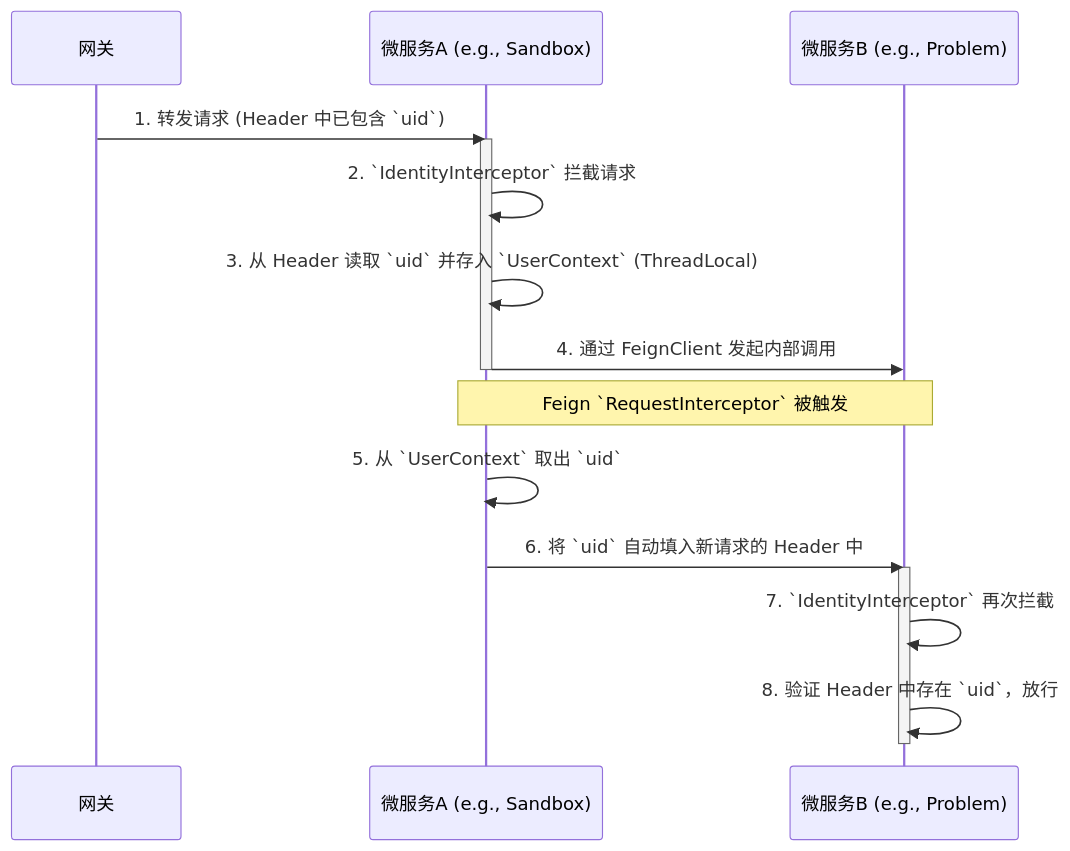
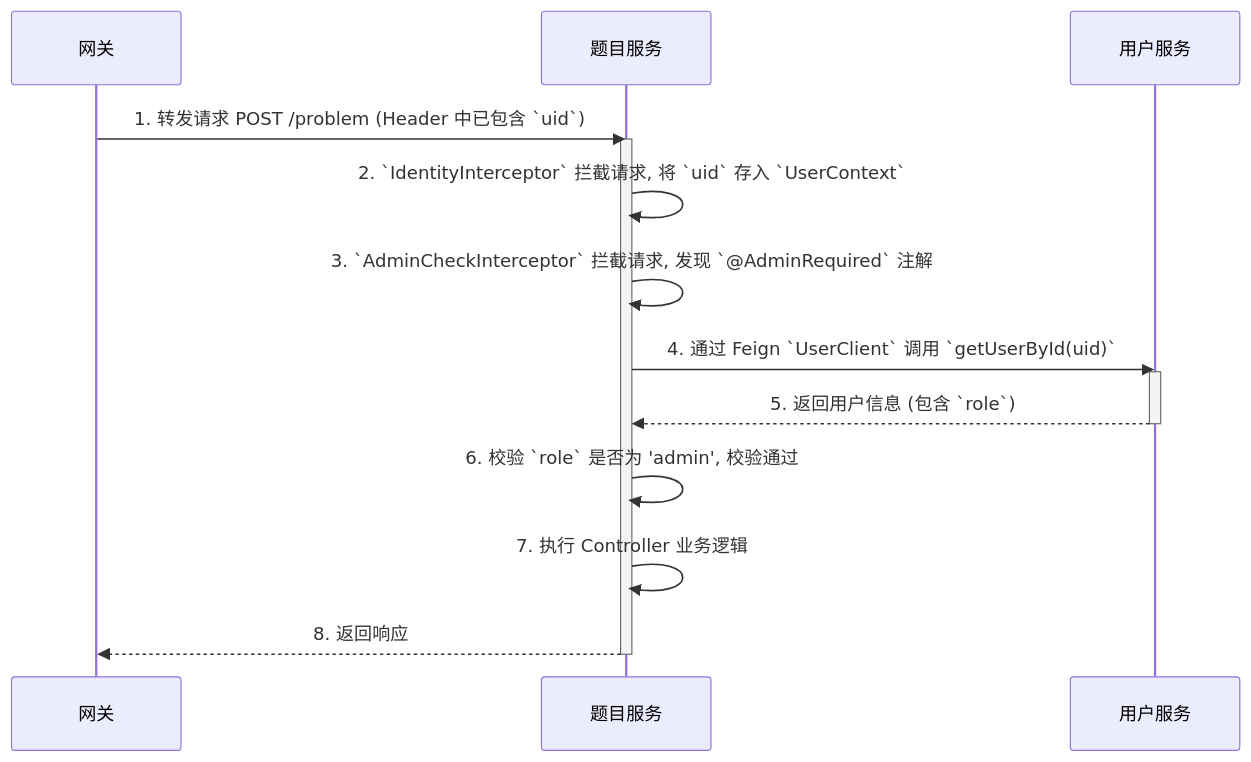
One commit to Decade-qiu/D-OnlineJudge changed the fourth of 6 diagrams in docs/0.technology.md. Above: the diagram before and after it, drawn with Mermaid. The commit also changed other lines of this file, not shown here.

Commit message:
:memo: docs(auth): document admin permission control mechanism

````diff
--- a/docs/0.technology.md
+++ b/docs/0.technology.md
@@ -208,23 +208,20 @@
 ```mermaid
 sequenceDiagram
     participant Gateway as 网关
-    participant ServiceA as 微服务A (e.g., Sandbox)
-    participant ServiceB as 微服务B (e.g., Problem)
+    participant ProblemService as 题目服务
+    participant UserService as 用户服务
 
-    Gateway->>ServiceA: 1. 转发请求 (Header 中已包含 `uid`)
+    Gateway->>ProblemService: 1. 转发请求 POST /problem (Header 中已包含 `uid`)
     
-    activate ServiceA
-    ServiceA->>ServiceA: 2. `IdentityInterceptor` 拦截请求
-    ServiceA->>ServiceA: 3. 从 Header 读取 `uid` 并存入 `UserContext` (ThreadLocal)
-    ServiceA->>ServiceB: 4. 通过 FeignClient 发起内部调用
-    deactivate ServiceA
-
-    Note over ServiceA, ServiceB: Feign `RequestInterceptor` 被触发
-    ServiceA->>ServiceA: 5. 从 `UserContext` 取出 `uid`
-    ServiceA->>ServiceB: 6. 将 `uid` 自动填入新请求的 Header 中
-
-    activate ServiceB
-    ServiceB->>ServiceB: 7. `IdentityInterceptor` 再次拦截
-    ServiceB->>ServiceB: 8. 验证 Header 中存在 `uid`，放行
-    deactivate ServiceB
+    activate ProblemService
+    ProblemService->>ProblemService: 2. `IdentityInterceptor` 拦截请求, 将 `uid` 存入 `UserContext`
+    ProblemService->>ProblemService: 3. `AdminCheckInterceptor` 拦截请求, 发现 `@AdminRequired` 注解
+    ProblemService->>UserService: 4. 通过 Feign `UserClient` 调用 `getUserById(uid)`
+    activate UserService
+    UserService-->>ProblemService: 5. 返回用户信息 (包含 `role`)
+    deactivate UserService
+    ProblemService->>ProblemService: 6. 校验 `role` 是否为 'admin', 校验通过
+    ProblemService->>ProblemService: 7. 执行 Controller 业务逻辑
+    ProblemService-->>Gateway: 8. 返回响应
+    deactivate ProblemService
 ```
````
